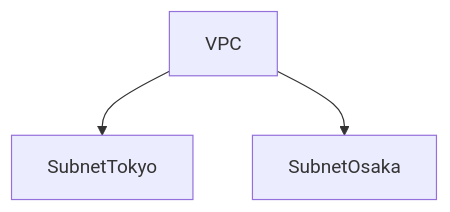
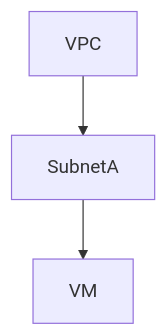
The third of 10 diagrams in 06_LAB/01_GCP_ACE_HACK/sessions_ver262/02_network.md (conti0513/development_public), drawn with Mermaid before and after one commit. The commit also changed other lines of this file and 22 other files, not shown here.

````diff
--- a/06_LAB/01_GCP_ACE_HACK/sessions_ver262/02_network.md
+++ b/06_LAB/01_GCP_ACE_HACK/sessions_ver262/02_network.md
@@ -47,5 +97,5 @@
 ```mermaid
 graph TD
-VPC --> SubnetTokyo
-VPC --> SubnetOsaka
+VPC --> SubnetA
+SubnetA --> VM
 ```
````
